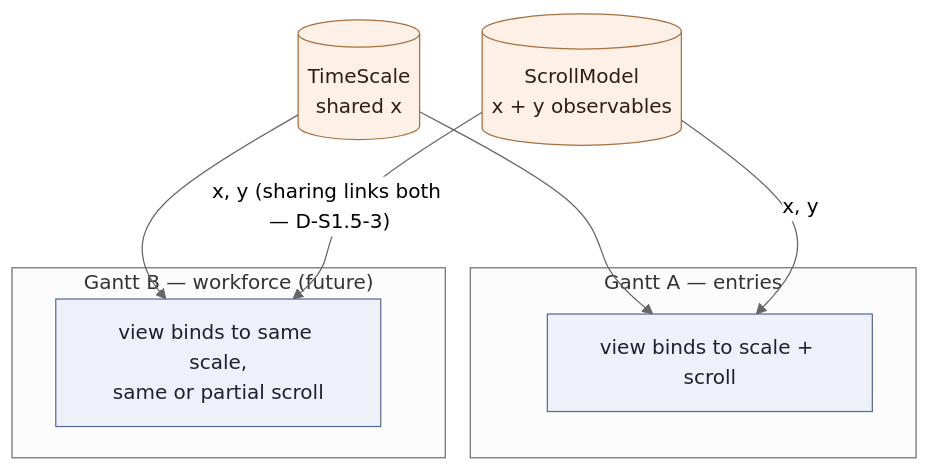
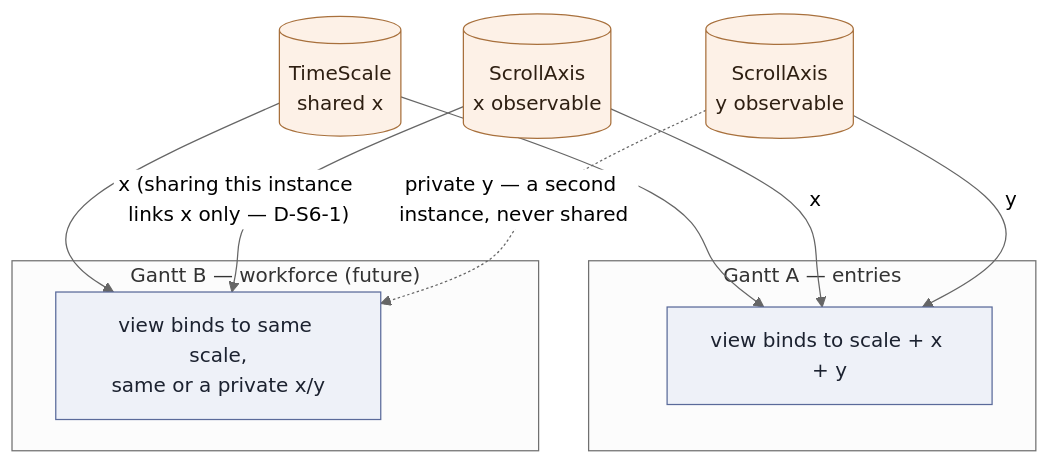
One commit to freegantt/freegantt changed the sixth of 6 diagrams in plans/01-domain-architecture.md. Above: the diagram before and after it, drawn with Mermaid (neutral theme). The commit also changed other lines of this file and 42 other files, not shown here.

````diff
--- a/plans/01-domain-architecture.md
+++ b/plans/01-domain-architecture.md
@@ -657,22 +657,25 @@
 ```mermaid
 flowchart TB
   TS[("TimeScale<br/>shared x")]
-  SM[("ScrollModel<br/>x + y observables")]
+  SX[("ScrollAxis<br/>x observable")]
+  SY[("ScrollAxis<br/>y observable")]
 
   subgraph ganttA["Gantt A — entries"]
-    VA["view binds to scale + scroll"]
+    VA["view binds to scale + x + y"]
   end
   subgraph ganttB["Gantt B — workforce (future)"]
-    VB["view binds to same scale,<br/>same or partial scroll"]
+    VB["view binds to same scale,<br/>same or a private x/y"]
   end
 
   TS --> VA
   TS --> VB
-  SM -->|x, y| VA
-  SM -->|"x, y (sharing links both — D-S1.5-3)"| VB
+  SX -->|x| VA
+  SX -->|"x (sharing this instance links x only — D-S6-1)"| VB
+  SY -->|y| VA
+  SY -.->|"private y — a second instance, never shared"| VB
 
   classDef obj fill:#fdf1e7,stroke:#a8703c,color:#2e1f12
   classDef ch fill:#eef1f8,stroke:#5a6a9a,color:#1c2230
-  class TS,SM obj
+  class TS,SX,SY obj
   class VA,VB ch
 ```
````
